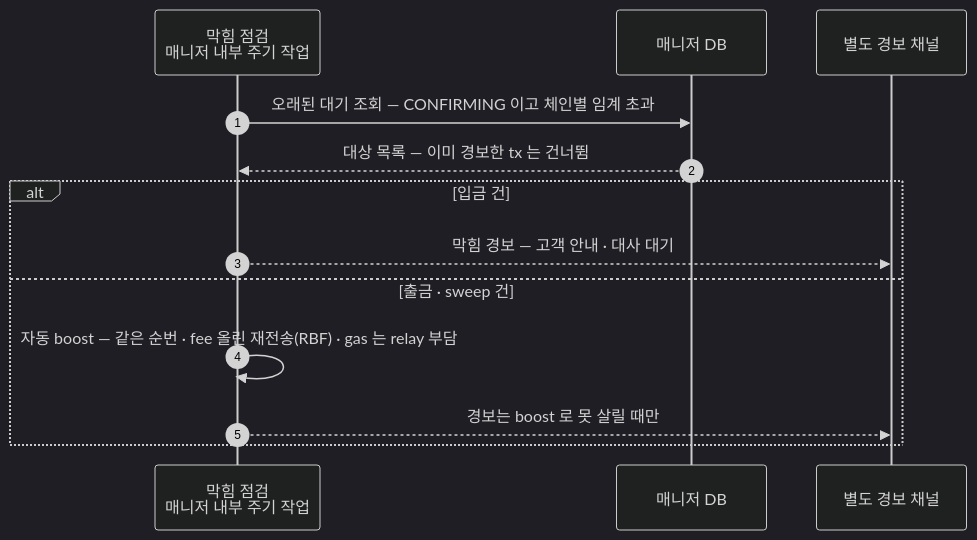
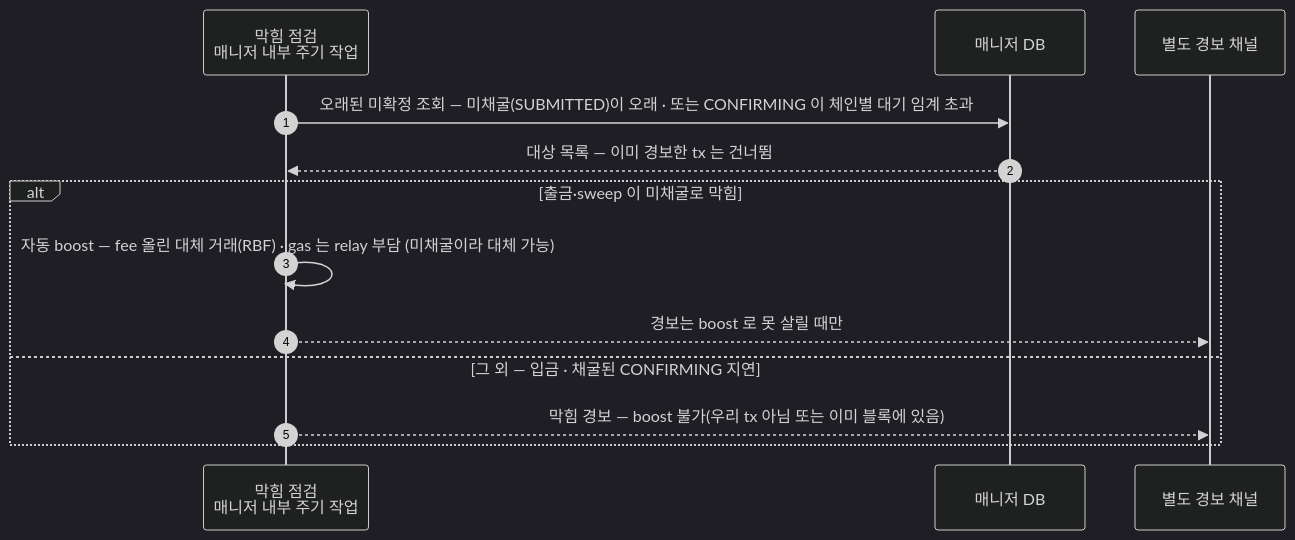
The sixth of 6 diagrams in blockchain-manager/docs/BC/설계/02-bcm-flow.md (eunsujeo/eunpus), drawn with Mermaid (dark theme) before and after one commit. The commit also changed other lines of this file and 3 other files, not shown here.

First line of the commit message:
boost 트리거 정정: 미채굴(SUBMITTED)만 RBF 대체 + 막힘 인트로 간결화

````diff
--- a/blockchain-manager/docs/BC/설계/02-bcm-flow.md
+++ b/blockchain-manager/docs/BC/설계/02-bcm-flow.md
@@ -264,16 +264,16 @@
 ```mermaid
 sequenceDiagram
     autonumber
     participant SW as 막힘 점검<br/>매니저 내부 주기 작업
     participant MDB as 매니저 DB
     participant AL as 별도 경보 채널
 
-    SW->>MDB: 오래된 대기 조회 — CONFIRMING 이고 체인별 임계 초과
+    SW->>MDB: 오래된 미확정 조회 — 미채굴(SUBMITTED)이 오래 · 또는 CONFIRMING 이 체인별 대기 임계 초과
     MDB-->>SW: 대상 목록 — 이미 경보한 tx 는 건너뜀
-    alt 입금 건
-        SW-->>AL: 막힘 경보 — 고객 안내 · 대사 대기
-    else 출금 · sweep 건
-        SW->>SW: 자동 boost — 같은 순번 · fee 올린 재전송(RBF) · gas 는 relay 부담
+    alt 출금·sweep 이 미채굴로 막힘
+        SW->>SW: 자동 boost — fee 올린 대체 거래(RBF) · gas 는 relay 부담 (미채굴이라 대체 가능)
         SW-->>AL: 경보는 boost 로 못 살릴 때만
+    else 그 외 — 입금 · 채굴된 CONFIRMING 지연
+        SW-->>AL: 막힘 경보 — boost 불가(우리 tx 아님 또는 이미 블록에 있음)
     end
 ```
````
